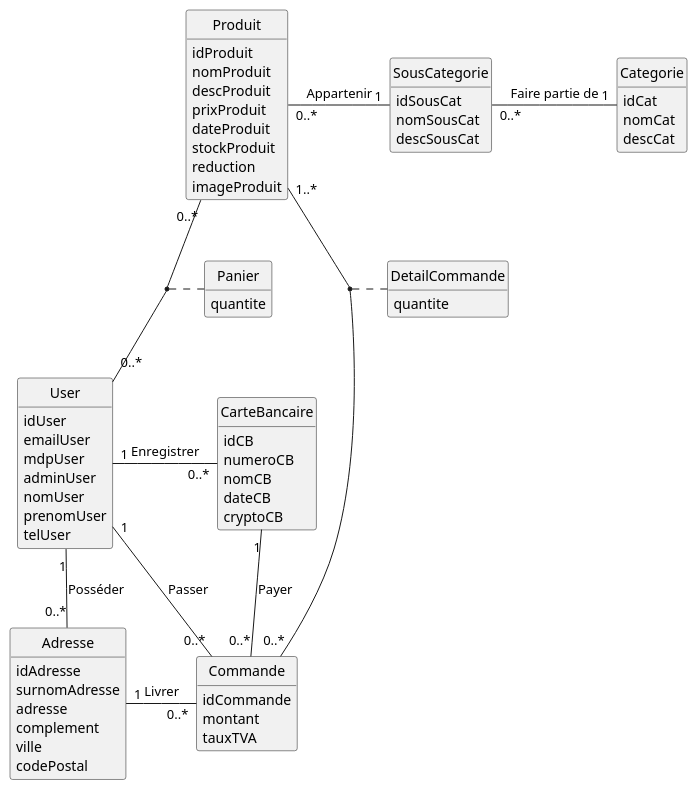
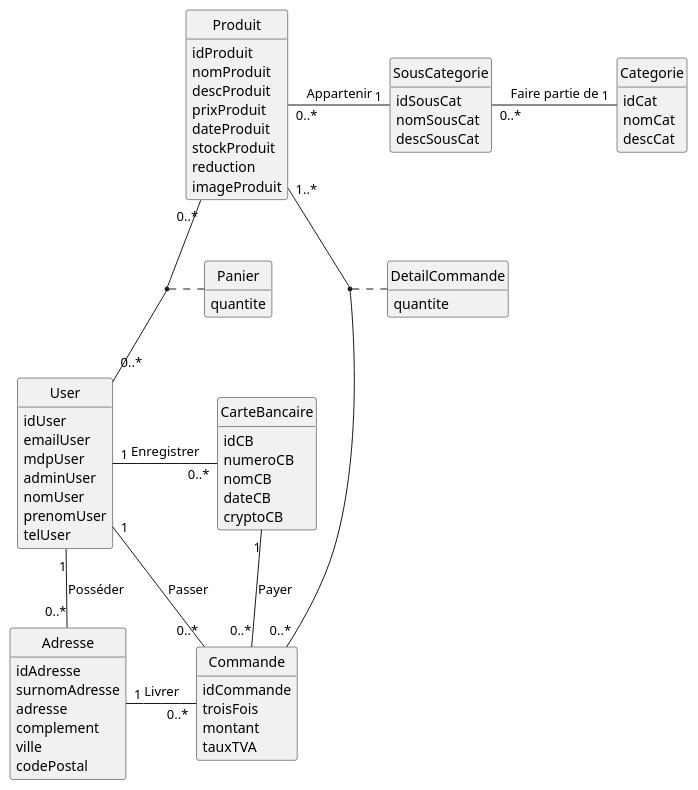
Before and after one commit to IUT-Blagnac/sae3-01-devapp-g2a-9: the diagram in bd/dc.plantuml, drawn with PlantUML.

Commit message:
ajout paiement en 3 fois

```diff
--- a/bd/dc.plantuml
+++ b/bd/dc.plantuml
@@ -1,78 +1,79 @@
 @startuml
 class Produit{
     idProduit
     nomProduit
     descProduit
     prixProduit
     dateProduit
     stockProduit
     reduction
     imageProduit
 }
 class Categorie{
     idCat
     nomCat
     descCat
 }
 class SousCategorie{
     idSousCat
     nomSousCat
     descSousCat
 }
 class DetailCommande{
     quantite    
 }
 class Commande{
     idCommande
+    troisFois
     montant
     tauxTVA
 }
 class User{
     idUser
     emailUser
     mdpUser
     adminUser
     nomUser
     prenomUser
     telUser
 }
 class Adresse{
     idAdresse
     surnomAdresse
     adresse
     complement
     ville
     codePostal
 }
 class CarteBancaire{
     idCB
     numeroCB
     nomCB
     dateCB
     cryptoCB
 }
 class Panier {
     quantite
 }
 
 Produit "0..*" - "1" SousCategorie : Appartenir
 SousCategorie "0..*" - "1" Categorie : Faire partie de
 Produit "1..*" -- "0..*" Commande
 (Commande, Produit) .. DetailCommande
 
 User "1" - "0..*" Commande : Passer
 Adresse "1" - "0..*" Commande : Livrer
 CarteBancaire "1" -- "0..*" Commande : Payer
 
 User "1" -- "0..*" Adresse : Posséder
 User "1" - "0..*" CarteBancaire  : Enregistrer
 
 Produit "0..*" -- "0..*" User
 (User, Produit) .. Panier
 
 
 
 
 hide empty methods
 hide circle
 @enduml
```
